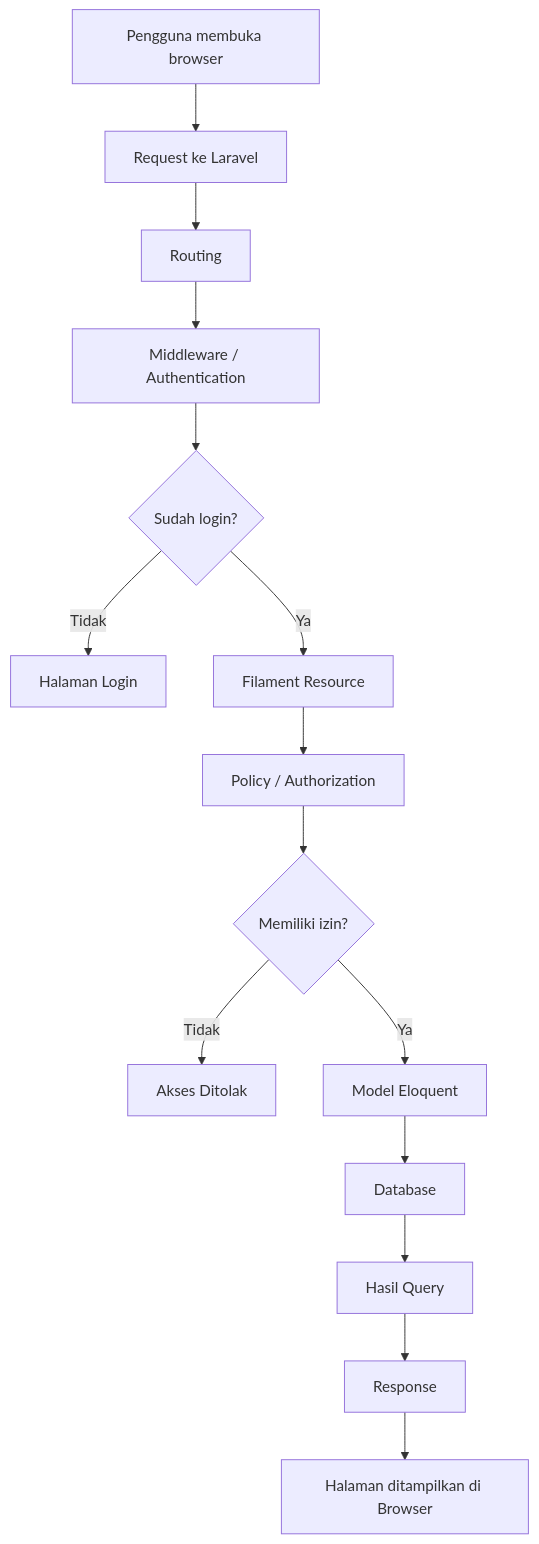
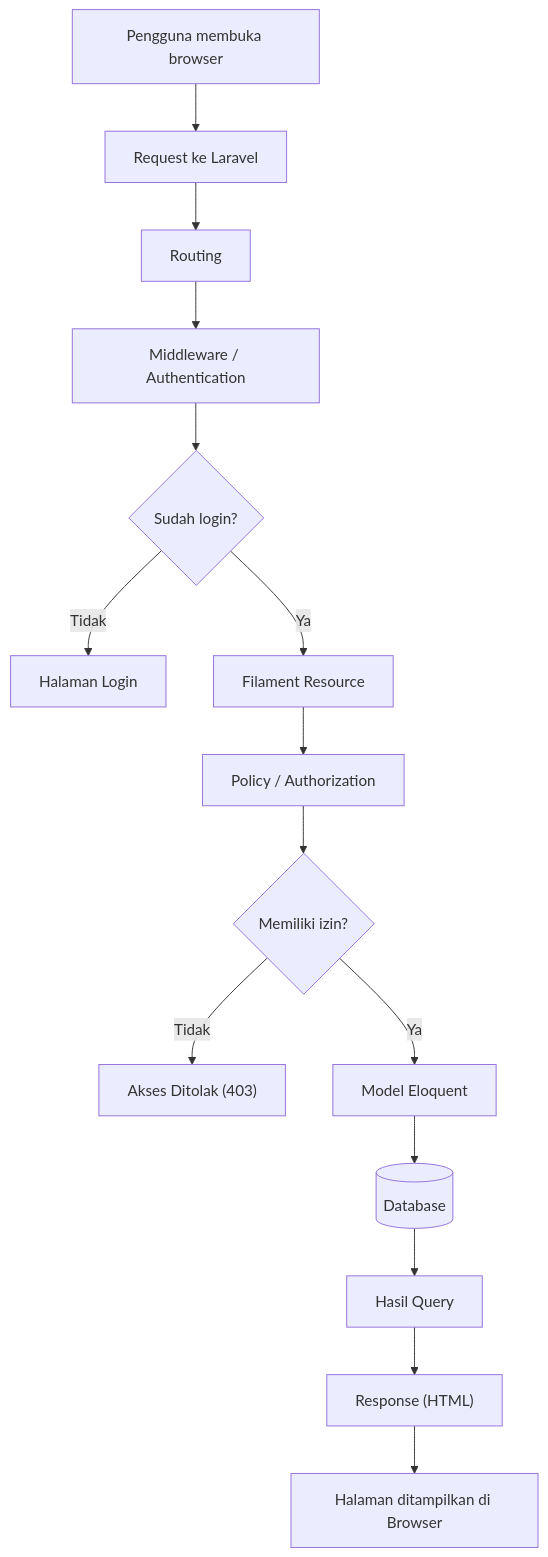
One commit to rezka4524119/4524210119_Rezka-Talia-Schalsabila_PBW_A changed the second of 4 diagrams in 4524210119_Rezka-Talia-Schalsabila_PBW_A/Pertemuan6,7,8/README.md. Above: the diagram before and after it, drawn with Mermaid. The commit also changed other lines of this file, not shown here.

````diff
--- a/4524210119_Rezka-Talia-Schalsabila_PBW_A/Pertemuan6,7,8/README.md
+++ b/4524210119_Rezka-Talia-Schalsabila_PBW_A/Pertemuan6,7,8/README.md
@@ -559,17 +566,17 @@
 ```mermaid
 flowchart TD
-    A[Pengguna membuka browser] --> B[Request ke Laravel]
-    B --> C[Routing]
-    C --> D[Middleware / Authentication]
-    D --> E{Sudah login?}
-    E -- Tidak --> F[Halaman Login]
-    E -- Ya --> G[Filament Resource]
-    G --> H[Policy / Authorization]
-    H --> I{Memiliki izin?}
-    I -- Tidak --> J[Akses Ditolak]
-    I -- Ya --> K[Model Eloquent]
-    K --> L[Database]
-    L --> M[Hasil Query]
-    M --> N[Response]
-    N --> O[Halaman ditampilkan di Browser]
+    A["Pengguna membuka browser"] --> B["Request ke Laravel"]
+    B --> C["Routing"]
+    C --> D["Middleware / Authentication"]
+    D --> E{"Sudah login?"}
+    E -- Tidak --> F["Halaman Login"]
+    E -- Ya --> G["Filament Resource"]
+    G --> H["Policy / Authorization"]
+    H --> I{"Memiliki izin?"}
+    I -- Tidak --> J["Akses Ditolak (403)"]
+    I -- Ya --> K["Model Eloquent"]
+    K --> L[("Database")]
+    L --> M["Hasil Query"]
+    M --> N["Response (HTML)"]
+    N --> O["Halaman ditampilkan di Browser"]
 ```
````
